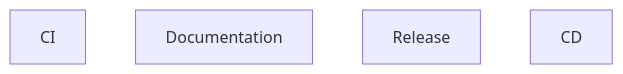
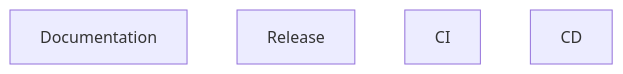
One commit to zepfu/llama-gguf-inference changed the seventh of 8 diagrams in docs/auto/ARCHITECTURE_AUTO.md. Above: the diagram before and after it, drawn with Mermaid. The commit also changed other lines of this file and 2 other files, not shown here.

````diff
--- a/docs/auto/ARCHITECTURE_AUTO.md
+++ b/docs/auto/ARCHITECTURE_AUTO.md
@@ -210,7 +187,7 @@
 ```mermaid
 graph TD
-    ci[CI]
     docs[Documentation]
     release[Release]
+    ci[CI]
     cd[CD]
 ```
````
